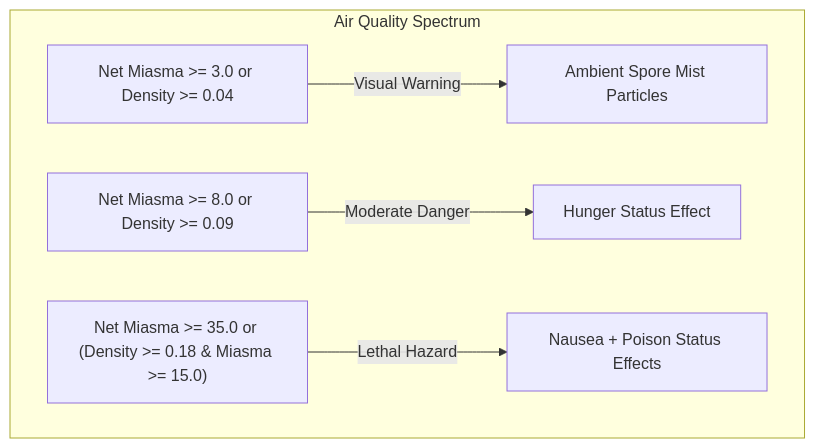
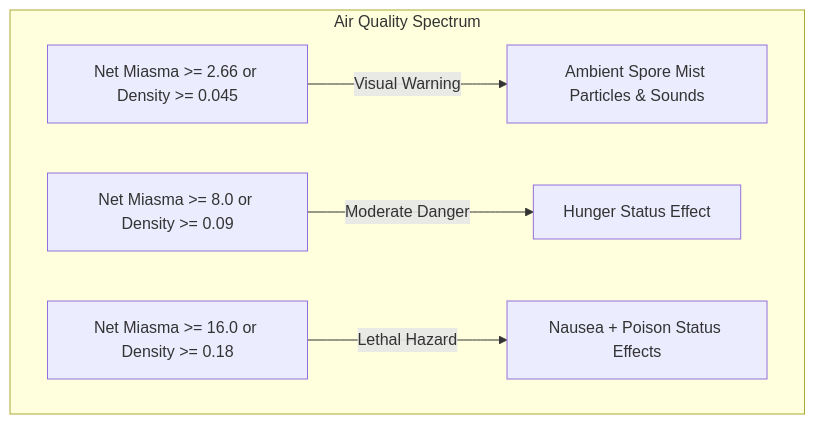
Before and after one commit to rcky0802/spores--shadows: the third of 4 diagrams in docs/en.md, drawn with Mermaid. The commit also changed other lines of this file and 9 other files, not shown here.

````diff
--- a/docs/en.md
+++ b/docs/en.md
@@ -113,8 +120,8 @@
 ```mermaid
 graph TD
     subgraph "Air Quality Spectrum"
-        A["Net Miasma >= 3.0 or Density >= 0.04"] -->|Visual Warning| P1["Ambient Spore Mist Particles"]
+        A["Net Miasma >= 2.66 or Density >= 0.045"] -->|Visual Warning| P1["Ambient Spore Mist Particles & Sounds"]
         B["Net Miasma >= 8.0 or Density >= 0.09"] -->|Moderate Danger| E1["Hunger Status Effect"]
-        C["Net Miasma >= 35.0 or (Density >= 0.18 & Miasma >= 15.0)"] -->|Lethal Hazard| E2["Nausea + Poison Status Effects"]
+        C["Net Miasma >= 16.0 or Density >= 0.18"] -->|Lethal Hazard| E2["Nausea + Poison Status Effects"]
     end
 ```
````
